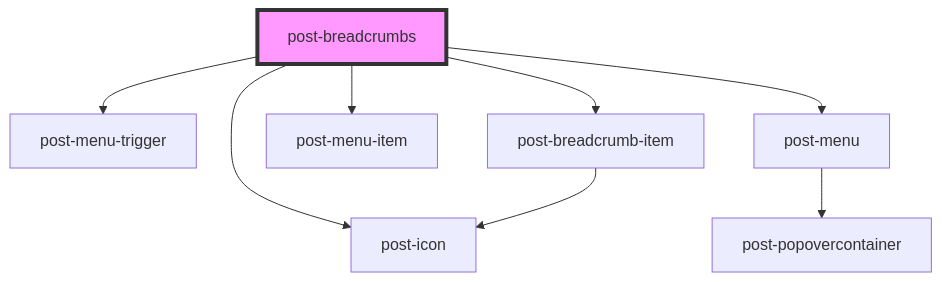
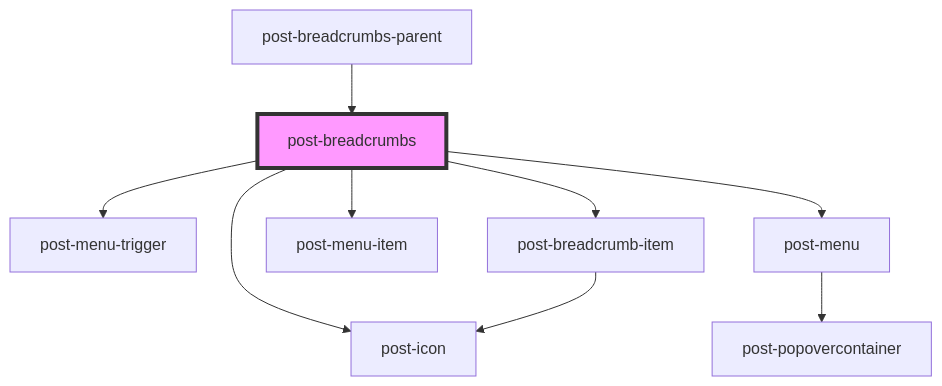
Before and after one commit to swisspost/design-system: the diagram in packages/components/src/components/post-breadcrumbs/readme.md, drawn with Mermaid. The commit also changed other lines of this file and 5 other files, not shown here.

````diff
--- a/packages/components/src/components/post-breadcrumbs/readme.md
+++ b/packages/components/src/components/post-breadcrumbs/readme.md
@@ -27,11 +31,12 @@
 ```mermaid
 graph TD;
   post-breadcrumbs --> post-icon
   post-breadcrumbs --> post-menu-trigger
   post-breadcrumbs --> post-menu
   post-breadcrumbs --> post-menu-item
   post-breadcrumbs --> post-breadcrumb-item
   post-menu --> post-popovercontainer
   post-breadcrumb-item --> post-icon
+  post-breadcrumbs-parent --> post-breadcrumbs
   style post-breadcrumbs fill:#f9f,stroke:#333,stroke-width:4px
 ```
````
